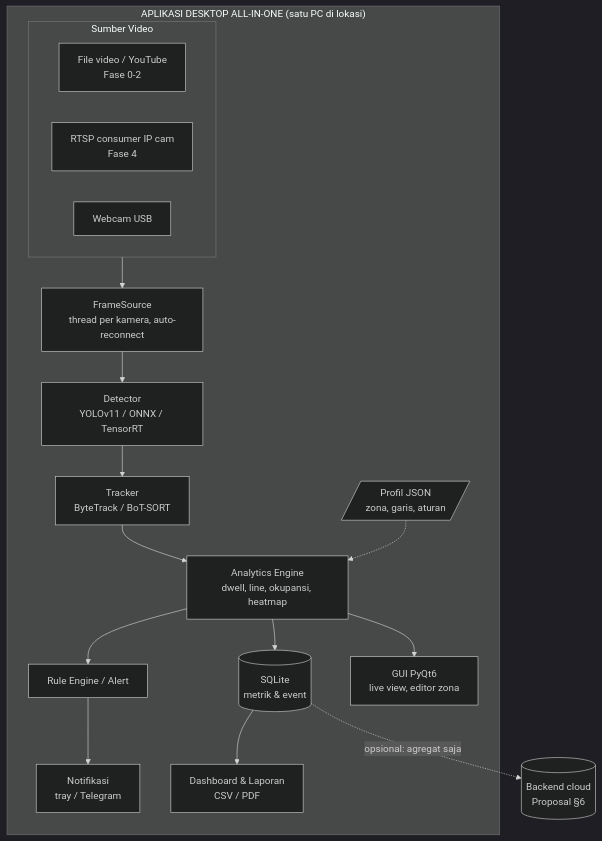
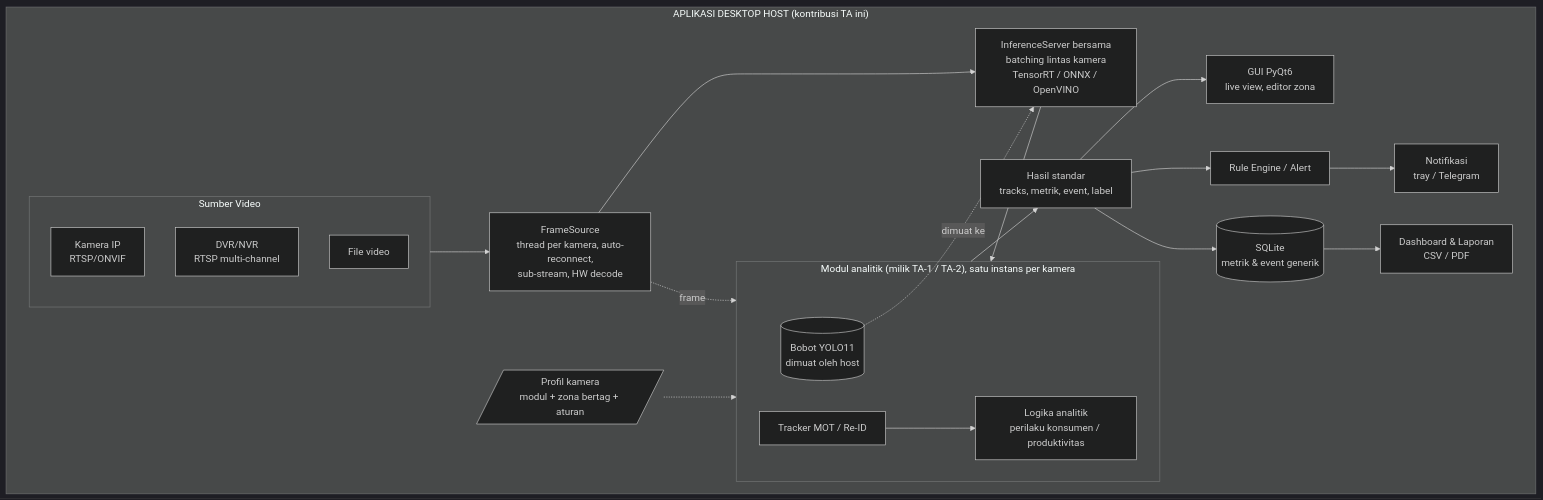
The second of 2 diagrams in docs/fase/00-ROADMAP.md (Nadhifbasyara/Aplikasi_AIO_CCTV), drawn with Mermaid (dark theme) before and after one commit. The commit also changed other lines of this file and 12 other files, not shown here.

````diff
--- a/docs/fase/00-ROADMAP.md
+++ b/docs/fase/00-ROADMAP.md
@@ -86,21 +109,28 @@
 ```mermaid
 flowchart TB
-    subgraph APP["APLIKASI DESKTOP ALL-IN-ONE (satu PC di lokasi)"]
+    subgraph APP["APLIKASI DESKTOP HOST (kontribusi TA ini)"]
         subgraph SRC["Sumber Video"]
-            S1[File video / YouTube<br/>Fase 0-2]
-            S2[RTSP consumer IP cam<br/>Fase 4]
-            S3[Webcam USB]
+            S1[Kamera IP<br/>RTSP/ONVIF]
+            S2[DVR/NVR<br/>RTSP multi-channel]
+            S3[File video]
         end
-        SRC --> ING[FrameSource<br/>thread per kamera, auto-reconnect]
-        ING --> DET[Detector<br/>YOLOv11 / ONNX / TensorRT]
-        DET --> TRK[Tracker<br/>ByteTrack / BoT-SORT]
-        TRK --> ENG[Analytics Engine<br/>dwell, line, okupansi, heatmap]
-        PROF[/Profil JSON<br/>zona, garis, aturan/] -.-> ENG
-        ENG --> RULE[Rule Engine / Alert]
-        ENG --> DB[(SQLite<br/>metrik & event)]
-        ENG --> UI[GUI PyQt6<br/>live view, editor zona]
+        SRC --> ING[FrameSource<br/>thread per kamera, auto-reconnect,<br/>sub-stream, HW decode]
+        ING --> INF[InferenceServer bersama<br/>batching lintas kamera<br/>TensorRT / ONNX / OpenVINO]
+        INF --> MOD
+        ING -. frame .-> MOD
+        PROF[/Profil kamera<br/>modul + zona bertag + aturan/] -.-> MOD
+        MOD --> RES[Hasil standar<br/>tracks, metrik, event, label]
+        RES --> UI[GUI PyQt6<br/>live view, editor zona]
+        RES --> RULE[Rule Engine / Alert]
+        RES --> DB[(SQLite<br/>metrik & event generik)]
         DB --> DASH[Dashboard & Laporan<br/>CSV / PDF]
         RULE --> NOTIF[Notifikasi<br/>tray / Telegram]
     end
-    DB -. opsional: agregat saja .-> CLOUD[(Backend cloud<br/>Proposal §6)]
+    subgraph MOD["Modul analitik (milik TA-1 / TA-2), satu instans per kamera"]
+        W[(Bobot YOLO11<br/>dimuat oleh host)]
+        TRK[Tracker MOT / Re-ID]
+        ANA[Logika analitik<br/>perilaku konsumen / produktivitas]
+        TRK --> ANA
+    end
+    W -.dimuat ke.-> INF
 ```
````
